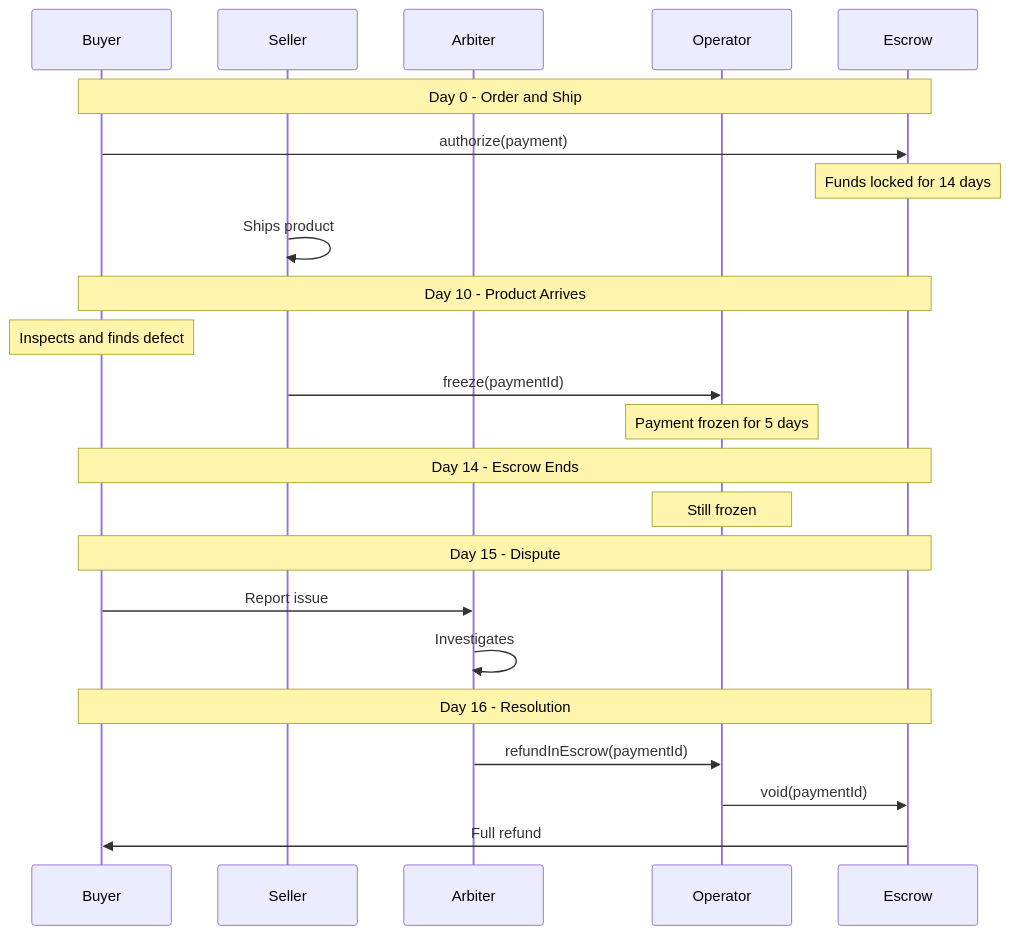
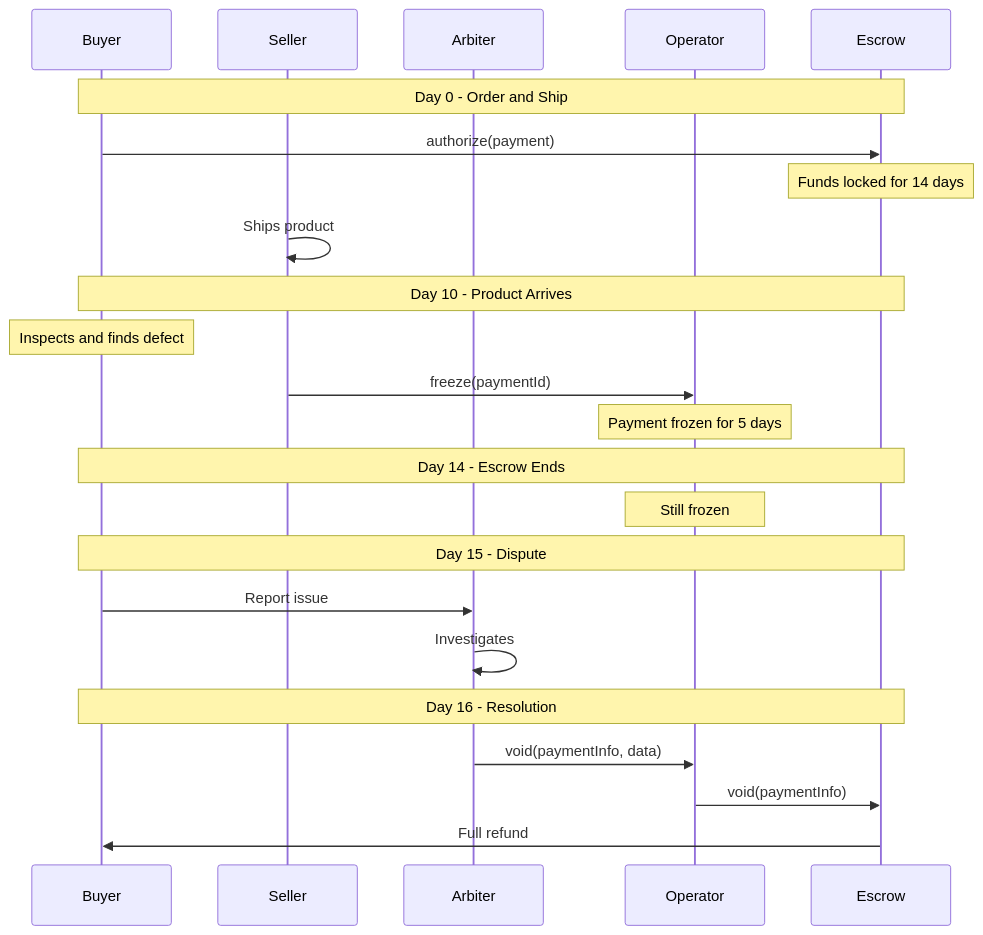
Before and after one commit to BackTrackCo/docs: the second of 8 diagrams in contracts/examples.mdx, drawn with Mermaid. The commit also changed other lines of this file and 78 other files, not shown here.

````diff
--- a/contracts/examples.mdx
+++ b/contracts/examples.mdx
@@ -223,30 +218,30 @@
 ```mermaid
 sequenceDiagram
     participant Buyer
     participant Seller
     participant Arbiter
     participant Operator
     participant Escrow
 
     Note over Buyer,Escrow: Day 0 - Order and Ship
     Buyer->>Escrow: authorize(payment)
     Note over Escrow: Funds locked for 14 days
     Seller->>Seller: Ships product
 
     Note over Buyer,Escrow: Day 10 - Product Arrives
     Note over Buyer: Inspects and finds defect
     Seller->>Operator: freeze(paymentId)
     Note over Operator: Payment frozen for 5 days
 
     Note over Buyer,Escrow: Day 14 - Escrow Ends
     Note over Operator: Still frozen
 
     Note over Buyer,Escrow: Day 15 - Dispute
     Buyer->>Arbiter: Report issue
     Arbiter->>Arbiter: Investigates
 
     Note over Buyer,Escrow: Day 16 - Resolution
-    Arbiter->>Operator: refundInEscrow(paymentId)
-    Operator->>Escrow: void(paymentId)
+    Arbiter->>Operator: void(paymentInfo, data)
+    Operator->>Escrow: void(paymentInfo)
     Escrow->>Buyer: Full refund
 ```
````
